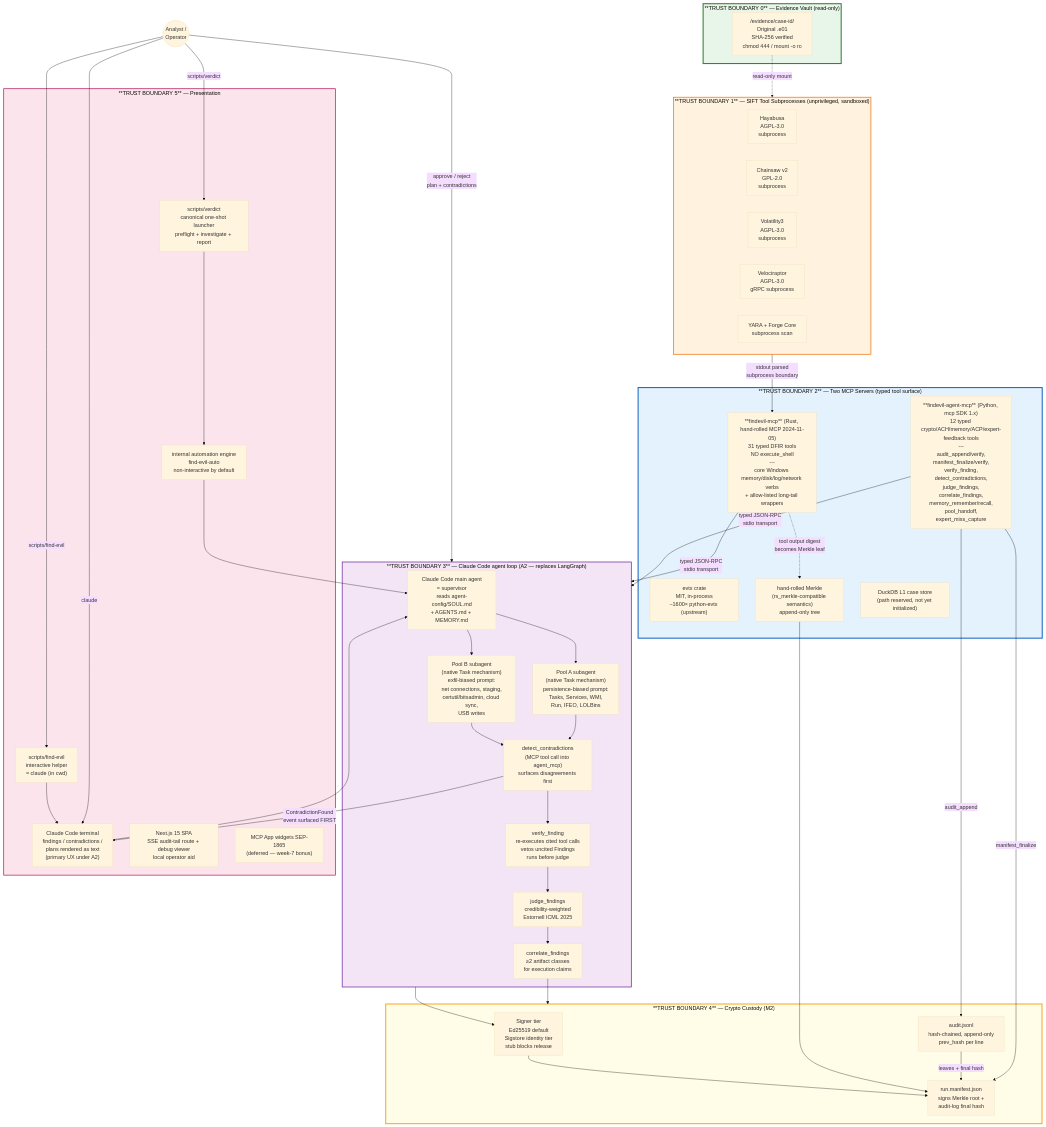
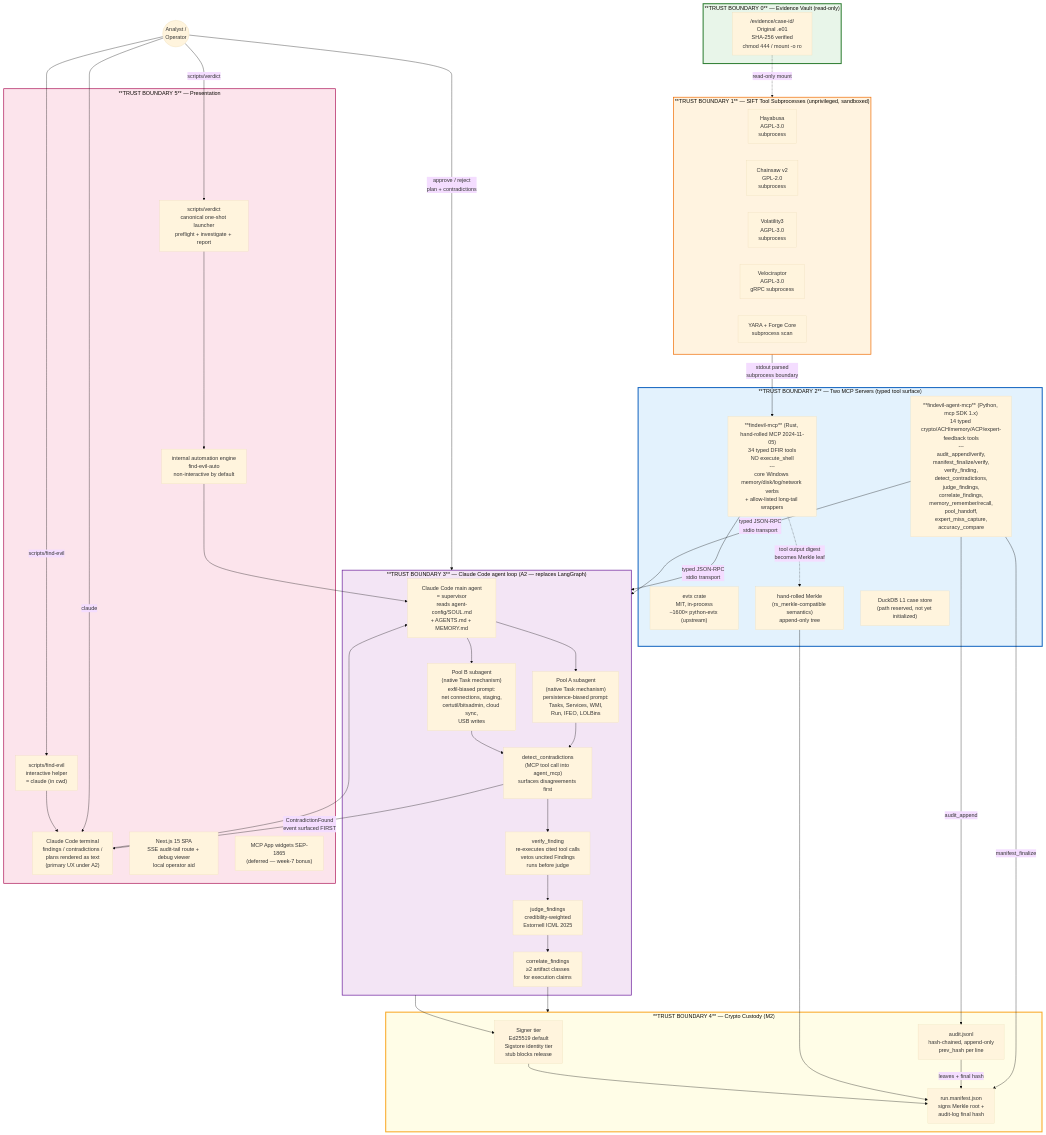
One commit to TimothyVang/verdict-dfir changed the first of 2 diagrams in docs/architecture.md. Above: the diagram before and after it, drawn with Mermaid (base theme). The commit also changed other lines of this file and 644 other files, not shown here.

```diff
--- a/docs/architecture.md
+++ b/docs/architecture.md
@@ -63,8 +65,8 @@
     end
 
     subgraph Trust2["**TRUST BOUNDARY 2** — Two MCP Servers (typed tool surface)"]
-        RustMcp["**findevil-mcp** (Rust, hand-rolled MCP 2024-11-05)<br/>31 typed DFIR tools<br/>NO execute_shell<br/>---<br/>core Windows memory/disk/log/network verbs<br/>+ allow-listed long-tail wrappers"]
-        AgentMcp["**findevil-agent-mcp** (Python, mcp SDK 1.x)<br/>12 typed crypto/ACH/memory/ACP/expert-feedback tools<br/>---<br/>audit_append/verify,<br/>manifest_finalize/verify,<br/>verify_finding,<br/>detect_contradictions,<br/>judge_findings,<br/>correlate_findings,<br/>memory_remember/recall,<br/>pool_handoff,<br/>expert_miss_capture"]
+        RustMcp["**findevil-mcp** (Rust, hand-rolled MCP 2024-11-05)<br/>34 typed DFIR tools<br/>NO execute_shell<br/>---<br/>core Windows memory/disk/log/network verbs<br/>+ allow-listed long-tail wrappers"]
+        AgentMcp["**findevil-agent-mcp** (Python, mcp SDK 1.x)<br/>14 typed crypto/ACH/memory/ACP/expert-feedback tools<br/>---<br/>audit_append/verify,<br/>manifest_finalize/verify,<br/>verify_finding,<br/>detect_contradictions,<br/>judge_findings,<br/>correlate_findings,<br/>memory_remember/recall,<br/>pool_handoff,<br/>expert_miss_capture,<br/>accuracy_compare"]
         EvtxCrate["evtx crate<br/>MIT, in-process<br/>~1600× python-evtx (upstream)"]
         Merkle["hand-rolled Merkle<br/>(rs_merkle-compatible semantics)<br/>append-only tree"]
         DuckDB["DuckDB L1 case store<br/>(path reserved, not yet initialized)"]
```
